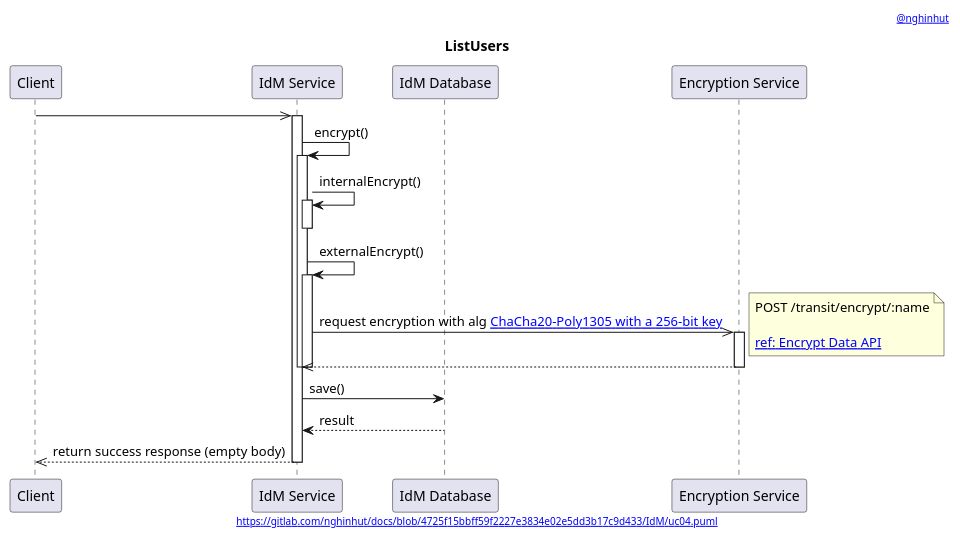
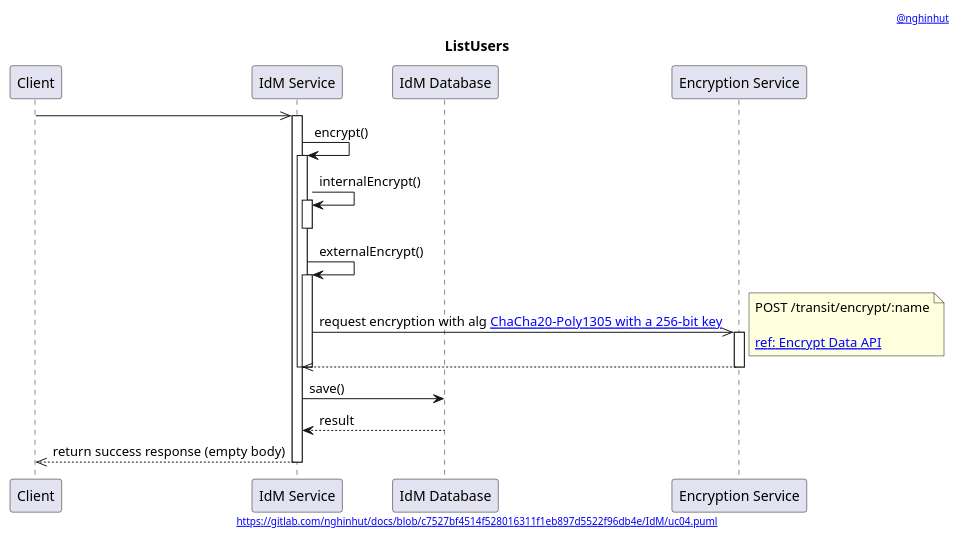
The diagram in IdM/uc04.sequence.puml (nghinhut/docs), drawn with PlantUML before and after one commit. The commit also changed 17 other files, not shown here.

Commit message:
Update diagrams

```diff
--- a/IdM/uc04.sequence.puml
+++ b/IdM/uc04.sequence.puml
@@ -1,43 +1,43 @@
 @startuml
 '-----START auto generated metadata please keep comment here to allow auto update-----
 '-----DON'T EDIT THIS SECTION, INSTEAD RE-RUN prebuild.sh TO UPDATE-----
 header [[mailto:nghinhut@gmail.com @nghinhut]]
-footer [[http://www.plantuml.com/plantuml/proxy?fmt=svg&src=https://gitlab.com/nghinhut/docs/raw/4725f15bbff59f2227e3834e02e5dd3b17c9d433/IdM/uc04.puml https://gitlab.com/nghinhut/docs/blob/4725f15bbff59f2227e3834e02e5dd3b17c9d433/IdM/uc04.puml]]
+footer [[http://www.plantuml.com/plantuml/proxy?fmt=svg&src=https://gitlab.com/nghinhut/docs/raw/c7527bf4514f528016311f1eb897d5522f96db4e/IdM/uc04.puml https://gitlab.com/nghinhut/docs/blob/c7527bf4514f528016311f1eb897d5522f96db4e/IdM/uc04.puml]]
 '-----END auto generated metadata please keep comment here to allow auto update-----
 title ListUsers
 
 participant "Client" as client
 participant "IdM Service" as idm
 participant "IdM Database" as db
 participant "Encryption Service" as es
 
 client ->> idm
 activate idm
 
 idm -> idm : encrypt()
 activate idm
 idm -> idm : internalEncrypt()
 activate idm
 deactivate idm
 
 idm -> idm : externalEncrypt()
 activate idm
 idm ->> es : request encryption with alg [[https://www.vaultproject.io/docs/secrets/transit/index.html#chacha20-poly1305 ChaCha20-Poly1305 with a 256-bit key]]
 note right
     POST /transit/encrypt/:name
 
     [[https://www.vaultproject.io/api/secret/transit/index.html#encrypt-data ref: Encrypt Data API]]
 end note
 activate es
 idm <<-- es
 deactivate es
 deactivate idm
 deactivate idm
 
 idm -> db : save()
 idm <-- db : result
 
 client <<-- idm : return success response (empty body)
 deactivate idm
 
 @enduml
```
